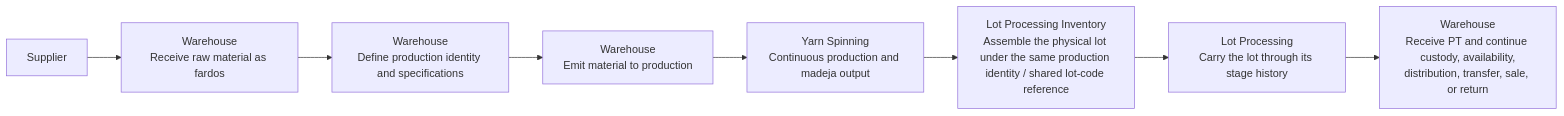
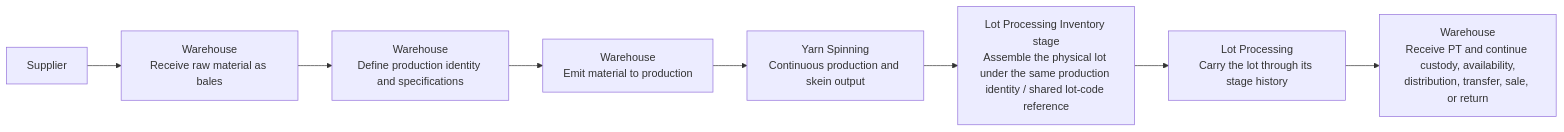
Before and after one commit to luiscm17/yarn-epr: the third of 3 diagrams in docs/architecture/ARCHITECTURE.md, drawn with Mermaid. The commit also changed other lines of this file and 3 other files, not shown here.

Commit message:
docs(arch): align terminology with PRDs across architecture docs

````diff
--- a/docs/architecture/ARCHITECTURE.md
+++ b/docs/architecture/ARCHITECTURE.md
@@ -164,13 +164,13 @@
 ```mermaid
 flowchart LR
     S[Supplier]
-    W1[Warehouse<br/>Receive raw material as fardos]
+    W1[Warehouse<br/>Receive raw material as bales]
     W2[Warehouse<br/>Define production identity and specifications]
     W3[Warehouse<br/>Emit material to production]
-    YS[Yarn Spinning<br/>Continuous production and madeja output]
-    LP1[Lot Processing Inventory<br/>Assemble the physical lot under the same production identity / shared lot-code reference]
+    YS[Yarn Spinning<br/>Continuous production and skein output]
+    LP1[Lot Processing Inventory stage<br/>Assemble the physical lot under the same production identity / shared lot-code reference]
     LP2[Lot Processing<br/>Carry the lot through its stage history]
     W4[Warehouse<br/>Receive PT and continue custody, availability,<br/>distribution, transfer, sale, or return]
 
     S --> W1 --> W2 --> W3 --> YS --> LP1 --> LP2 --> W4
 ```
````
